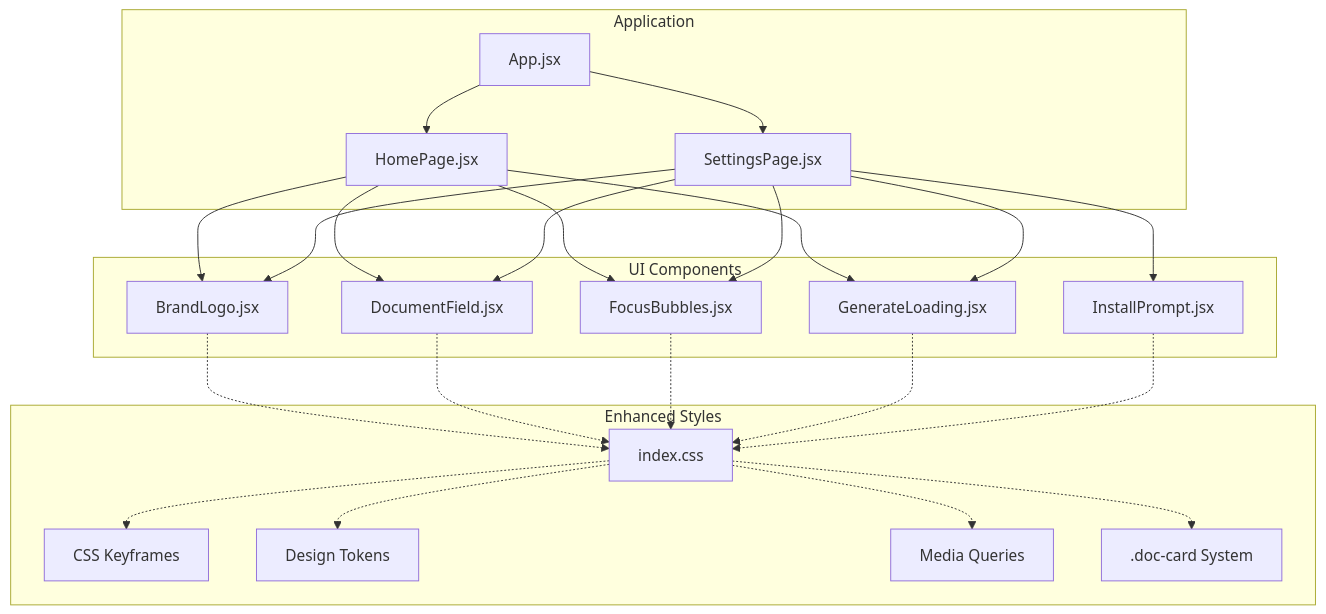
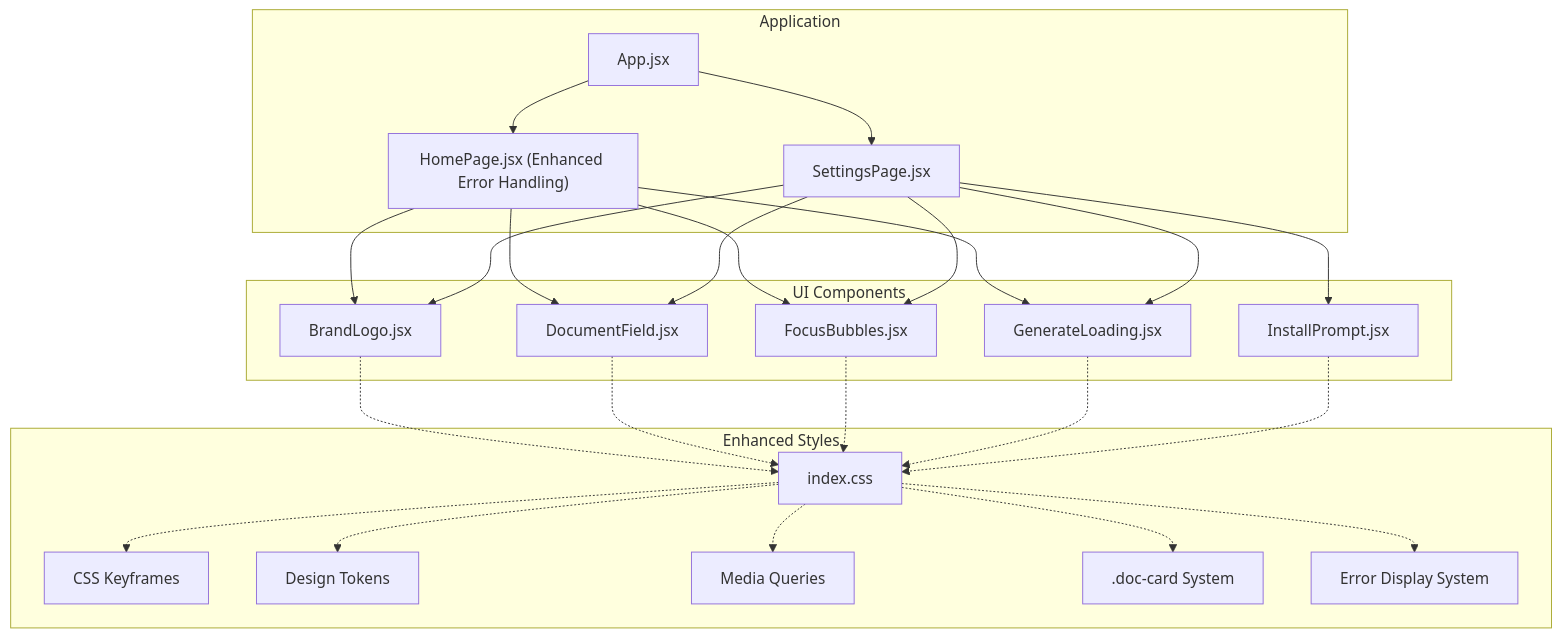
The first of 3 diagrams in .qoder/repowiki/en/content/Component Library/UI Components.md (zmyeo54/briefroom), drawn with Mermaid before and after one commit. The commit also changed other lines of this file and 56 other files, not shown here.

````diff
--- a/.qoder/repowiki/en/content/Component Library/UI Components.md
+++ b/.qoder/repowiki/en/content/Component Library/UI Components.md
@@ -41,42 +40,44 @@
 ```mermaid
 graph TB
 subgraph "Application"
 App["App.jsx"]
-HomePage["HomePage.jsx"]
+HomePage["HomePage.jsx (Enhanced Error Handling)"]
 SettingsPage["SettingsPage.jsx"]
 end
 subgraph "UI Components"
 BrandLogo["BrandLogo.jsx"]
 DocumentField["DocumentField.jsx"]
 FocusBubbles["FocusBubbles.jsx"]
 GenerateLoading["GenerateLoading.jsx"]
 InstallPrompt["InstallPrompt.jsx"]
 end
 subgraph "Enhanced Styles"
 CSS["index.css"]
 Animations["CSS Keyframes"]
 Themes["Design Tokens"]
 Responsive["Media Queries"]
 DocCards[".doc-card System"]
+ErrorHandling["Error Display System"]
 end
 App --> HomePage
 App --> SettingsPage
 HomePage --> BrandLogo
 HomePage --> DocumentField
 HomePage --> FocusBubbles
 HomePage --> GenerateLoading
 SettingsPage --> BrandLogo
 SettingsPage --> DocumentField
 SettingsPage --> FocusBubbles
 SettingsPage --> GenerateLoading
 SettingsPage --> InstallPrompt
 BrandLogo -.-> CSS
 DocumentField -.-> CSS
 FocusBubbles -.-> CSS
 GenerateLoading -.-> CSS
 InstallPrompt -.-> CSS
 CSS -.-> Animations
 CSS -.-> Themes
 CSS -.-> Responsive
 CSS -.-> DocCards
+CSS -.-> ErrorHandling
 ```
````
